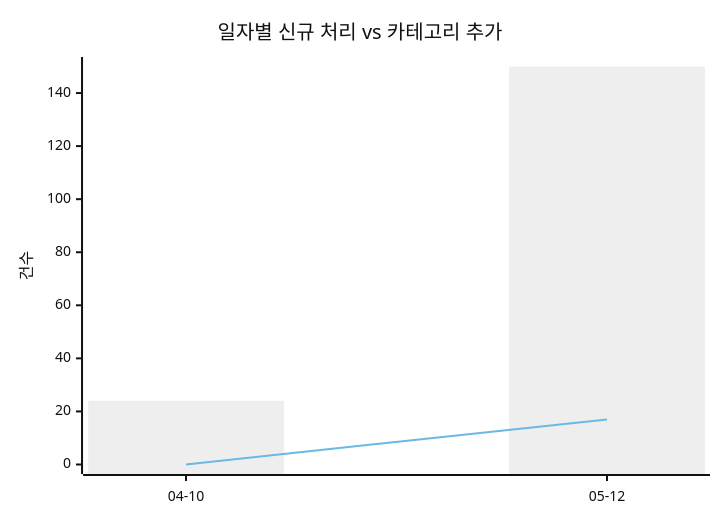
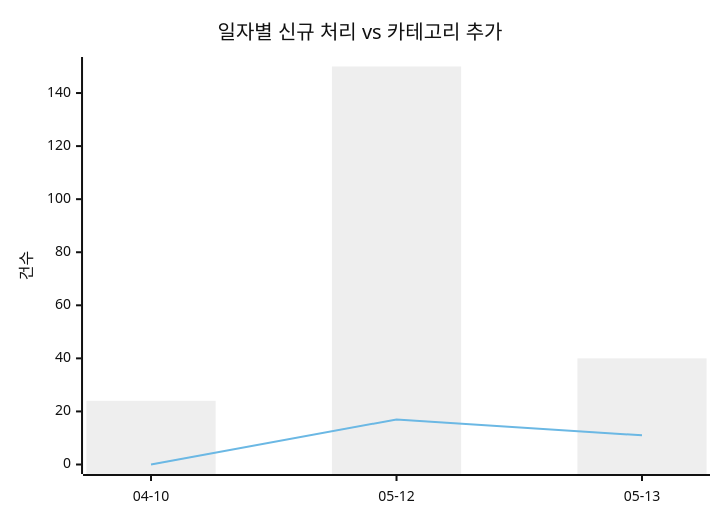
The first of 2 diagrams in docs/trends.md (J-nowcow/awesome-korean-agent-skills), drawn with Mermaid (neutral theme) before and after one commit. The commit also changed other lines of this file and 10 other files, not shown here.

````diff
--- a/docs/trends.md
+++ b/docs/trends.md
@@ -32,8 +32,8 @@
 ```mermaid
 xychart-beta
     title "일자별 신규 처리 vs 카테고리 추가"
-    x-axis ["04-10","05-12"]
+    x-axis ["04-10","05-12","05-13"]
     y-axis "건수"
-    bar [24,150]
-    line [0,17]
+    bar [24,150,40]
+    line [0,17,11]
 ```
````
